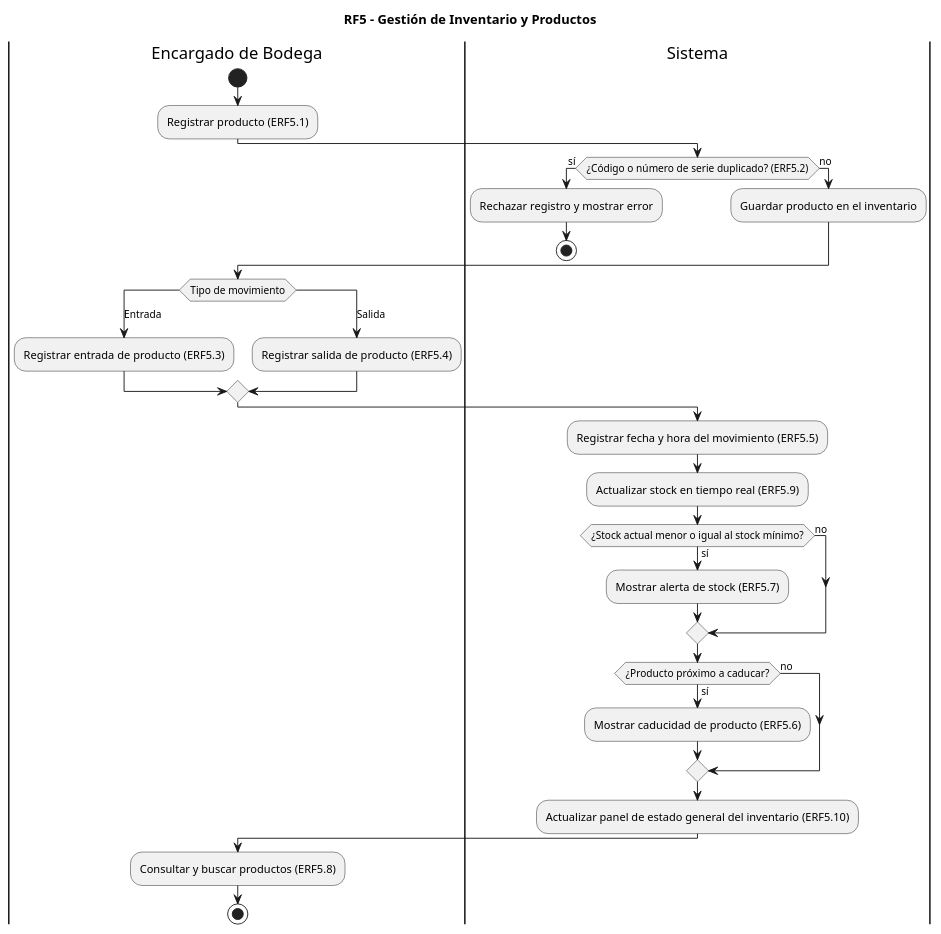
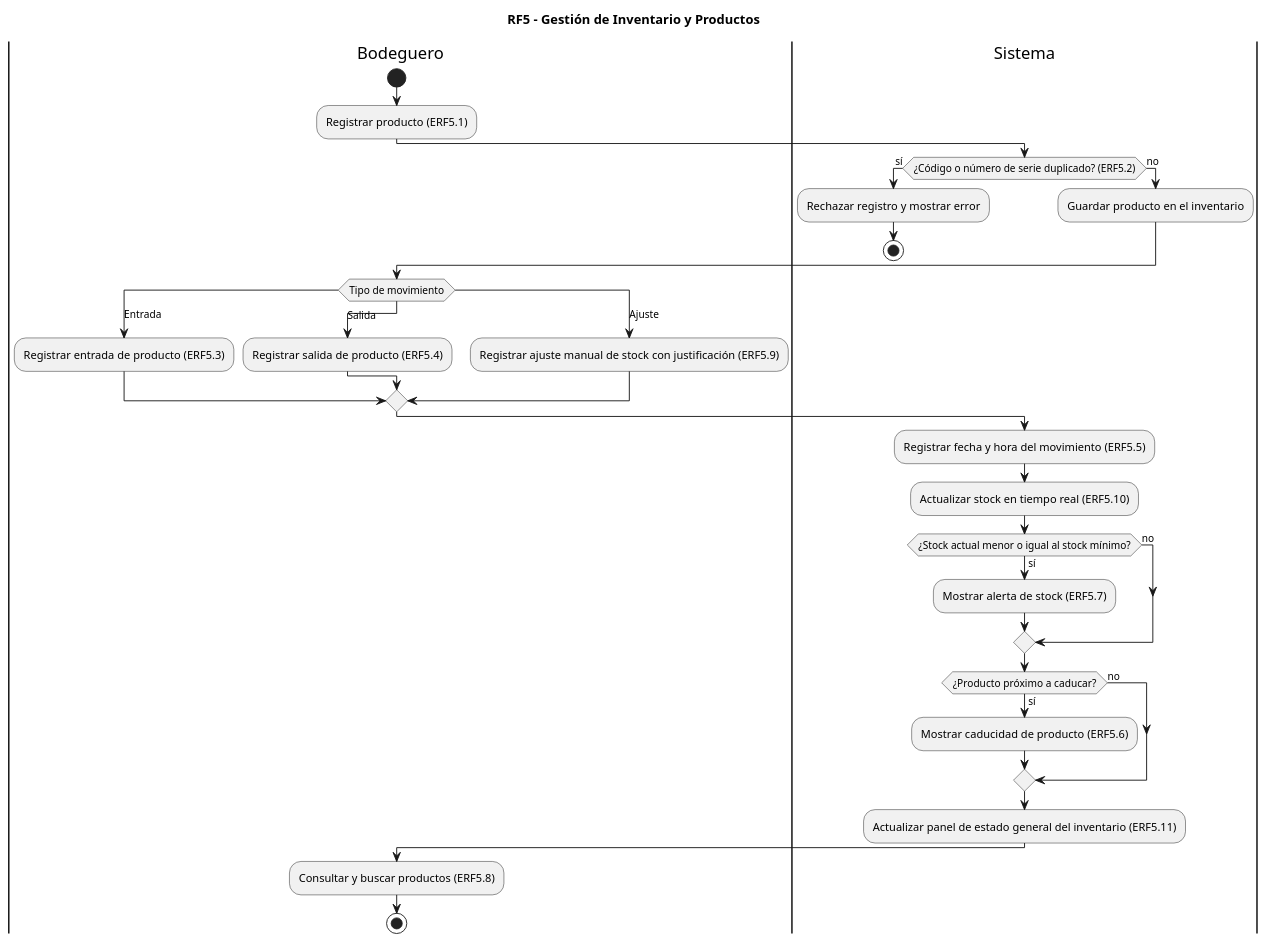
One commit to kevinZP-ai/pagina-web-almexa changed the diagram in public/anexos/03-Diagramas/Diagramas_De_Actividad/RF5_inventario_productos.puml. Above: the diagram before and after it, drawn with PlantUML. The commit also changed 55 other files, not shown here.

```diff
--- a/public/anexos/03-Diagramas/Diagramas_De_Actividad/RF5_inventario_productos.puml
+++ b/public/anexos/03-Diagramas/Diagramas_De_Actividad/RF5_inventario_productos.puml
@@ -1,44 +1,46 @@
 @startuml
 title RF5 - Gestión de Inventario y Productos
 
-|Encargado de Bodega|
+|Bodeguero|
 start
 :Registrar producto (ERF5.1);
 
 |Sistema|
 if (¿Código o número de serie duplicado? (ERF5.2)) then (sí)
   :Rechazar registro y mostrar error;
   stop
 else (no)
   :Guardar producto en el inventario;
 endif
 
-|Encargado de Bodega|
+|Bodeguero|
 switch (Tipo de movimiento)
 case (Entrada)
   :Registrar entrada de producto (ERF5.3);
 case (Salida)
   :Registrar salida de producto (ERF5.4);
+case (Ajuste)
+  :Registrar ajuste manual de stock con justificación (ERF5.9);
 endswitch
 
 |Sistema|
 :Registrar fecha y hora del movimiento (ERF5.5);
-:Actualizar stock en tiempo real (ERF5.9);
+:Actualizar stock en tiempo real (ERF5.10);
 
 if (¿Stock actual menor o igual al stock mínimo?) then (sí)
   :Mostrar alerta de stock (ERF5.7);
 else (no)
 endif
 
 if (¿Producto próximo a caducar?) then (sí)
   :Mostrar caducidad de producto (ERF5.6);
 else (no)
 endif
 
-:Actualizar panel de estado general del inventario (ERF5.10);
+:Actualizar panel de estado general del inventario (ERF5.11);
 
-|Encargado de Bodega|
+|Bodeguero|
 :Consultar y buscar productos (ERF5.8);
 
 stop
 @enduml
```
